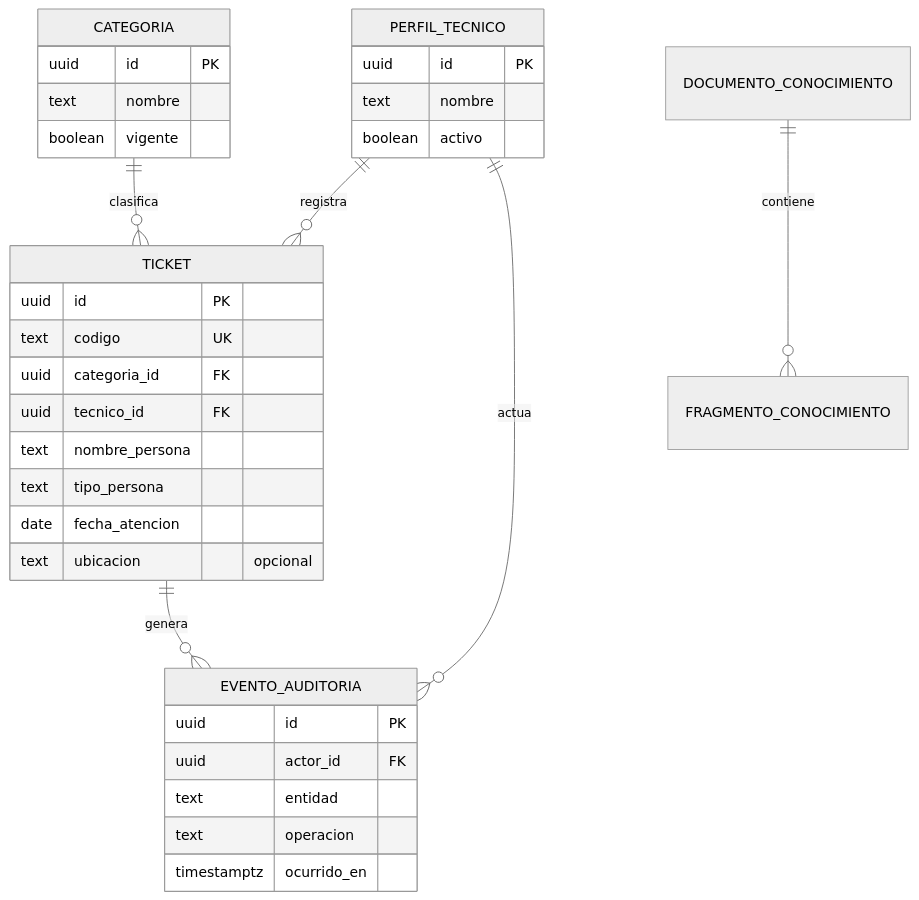
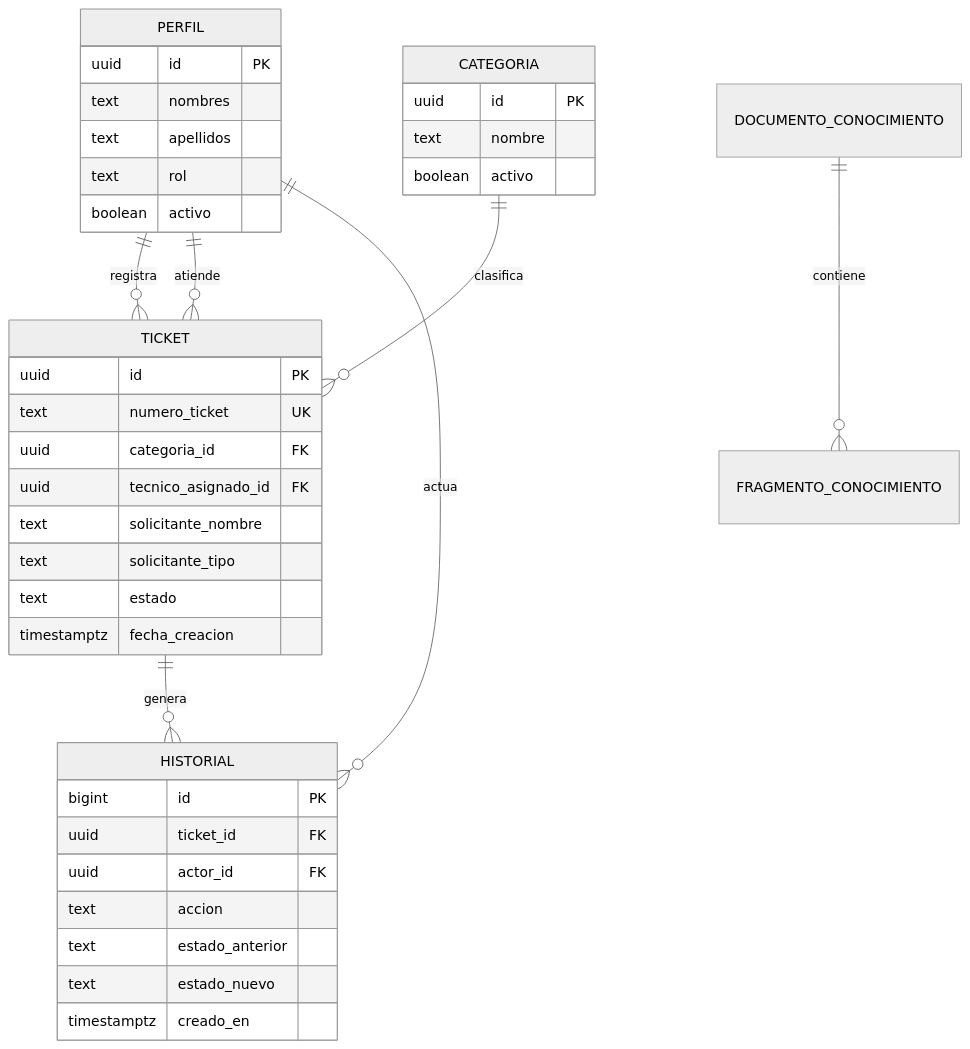
Before and after one commit to amena-otto/ti-smartdesk-ai: the second of 4 diagrams in docs/architecture.md, drawn with Mermaid (neutral theme). The commit also changed other lines of this file and 55 other files, not shown here.

````diff
--- a/docs/architecture.md
+++ b/docs/architecture.md
@@ -92,36 +91,41 @@
 ```mermaid
 erDiagram
-  PERFIL_TECNICO ||--o{ TICKET : registra
+  PERFIL ||--o{ TICKET : registra
+  PERFIL ||--o{ TICKET : atiende
   CATEGORIA ||--o{ TICKET : clasifica
-  TICKET ||--o{ EVENTO_AUDITORIA : genera
-  PERFIL_TECNICO ||--o{ EVENTO_AUDITORIA : actua
+  TICKET ||--o{ HISTORIAL : genera
+  PERFIL ||--o{ HISTORIAL : actua
   DOCUMENTO_CONOCIMIENTO ||--o{ FRAGMENTO_CONOCIMIENTO : contiene
 
-  PERFIL_TECNICO {
+  PERFIL {
     uuid id PK
-    text nombre
+    text nombres
+    text apellidos
+    text rol
     boolean activo
   }
   CATEGORIA {
     uuid id PK
     text nombre
-    boolean vigente
+    boolean activo
   }
   TICKET {
     uuid id PK
-    text codigo UK
+    text numero_ticket UK
     uuid categoria_id FK
-    uuid tecnico_id FK
-    text nombre_persona
-    text tipo_persona
-    date fecha_atencion
-    text ubicacion "opcional"
+    uuid tecnico_asignado_id FK
+    text solicitante_nombre
+    text solicitante_tipo
+    text estado
+    timestamptz fecha_creacion
   }
-  EVENTO_AUDITORIA {
-    uuid id PK
+  HISTORIAL {
+    bigint id PK
+    uuid ticket_id FK
     uuid actor_id FK
-    text entidad
-    text operacion
-    timestamptz ocurrido_en
+    text accion
+    text estado_anterior
+    text estado_nuevo
+    timestamptz creado_en
   }
 ```
````
